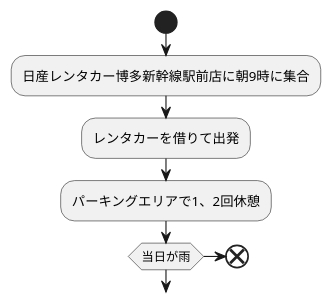
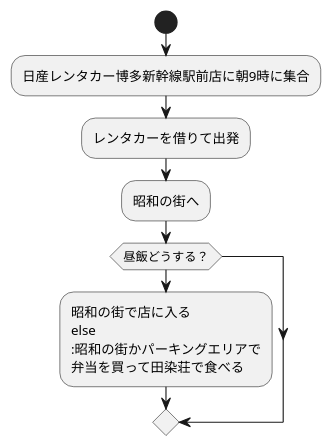
Before and after one commit to Aso2001369/2021sys-design: the diagram in trip.md, drawn with PlantUML.

````diff
--- a/trip.md
+++ b/trip.md
@@ -1,11 +1,14 @@
 ```uml
 @startuml
 start
 
 :日産レンタカー博多新幹線駅前店に朝9時に集合;
 :レンタカーを借りて出発;
-:パーキングエリアで1、2回休憩;
-if(当日が雨);
-end
+:昭和の街へ;
+if(昼飯どうする？)then
+:昭和の街で店に入る
+else
+:昭和の街かパーキングエリアで
+弁当を買って田染荘で食べる;
 @enduml
 ```
````
